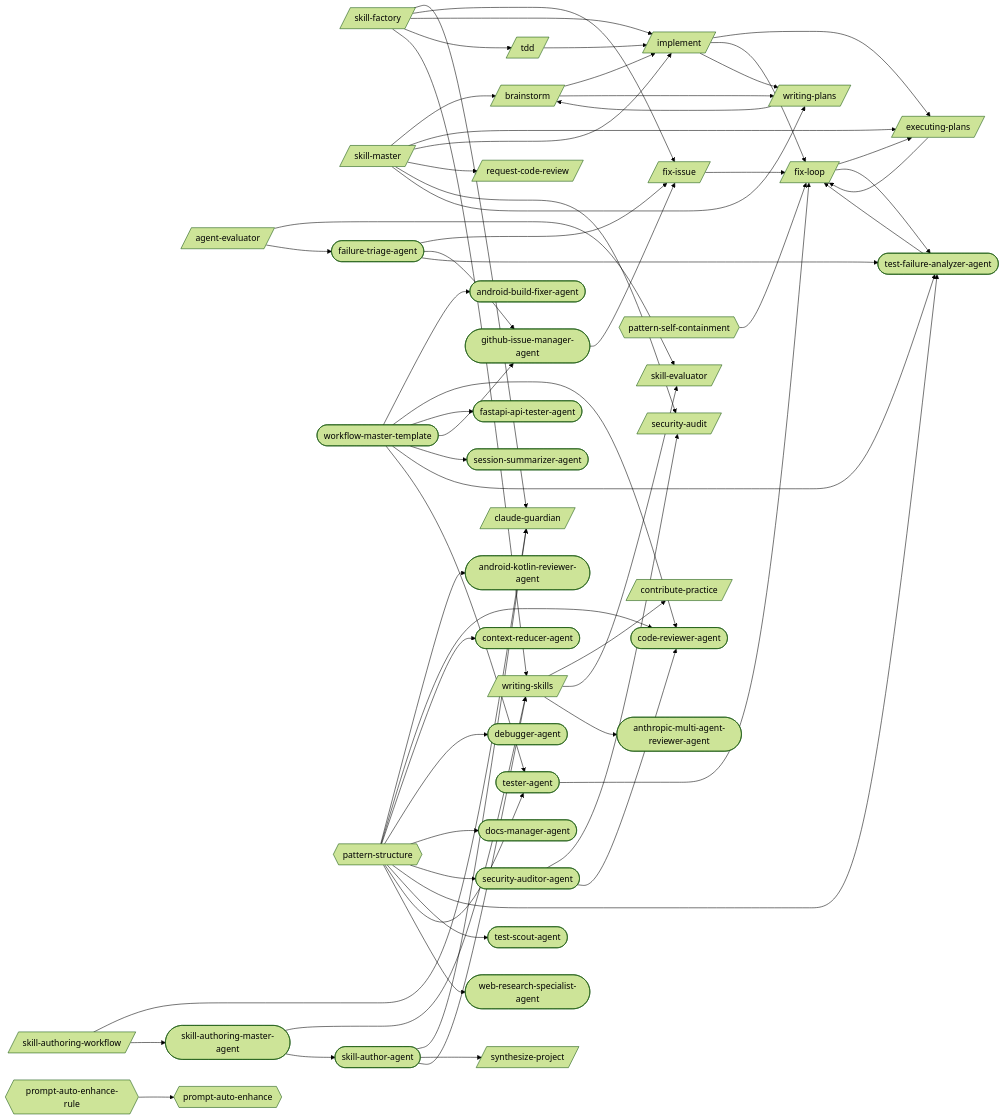
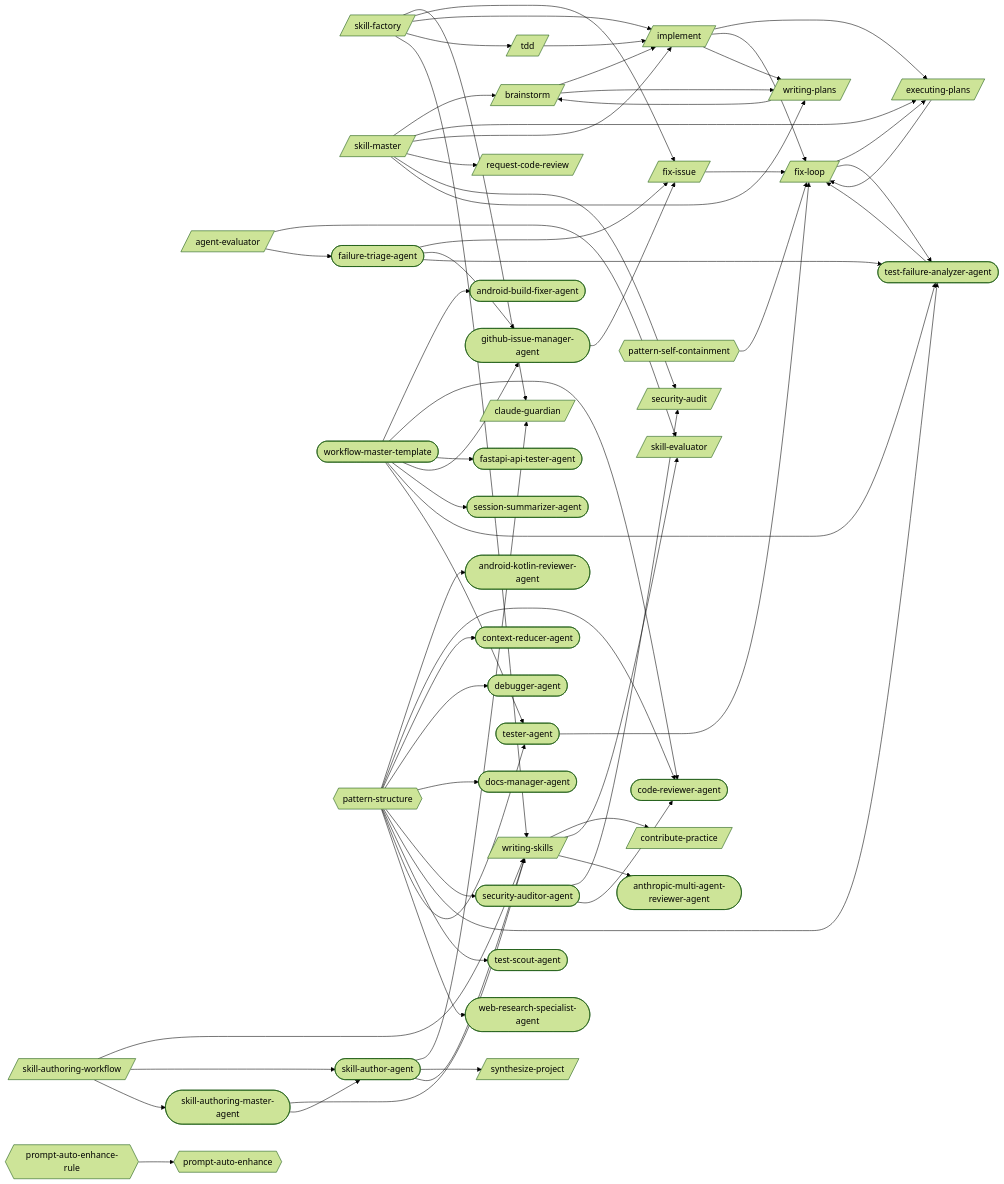
The first of 23 diagrams in docs/workflows/skill-authoring.md (abhayla/claude-best-practices), drawn with Mermaid (forest theme) before and after one commit. The commit also changed other lines of this file and 12 other files, not shown here.

```diff
--- a/docs/workflows/skill-authoring.md
+++ b/docs/workflows/skill-authoring.md
@@ -60,7 +60,8 @@
     implement --> executing_plans
     implement --> fix_loop
     implement --> writing_plans
-    skill_authoring_workflow --> claude_guardian
+    skill_authoring_workflow --> writing_skills
+    skill_authoring_workflow --> skill_author_agent
     skill_authoring_workflow --> skill_authoring_master_agent
     skill_factory --> claude_guardian
     skill_factory --> fix_issue
```
